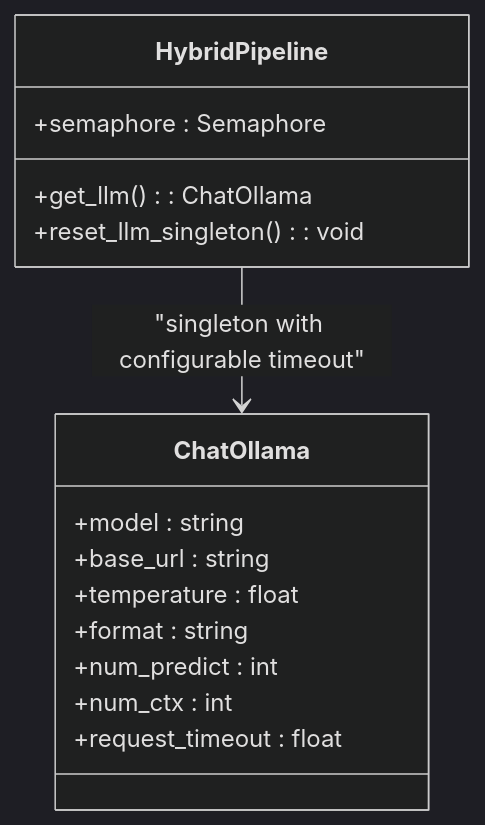
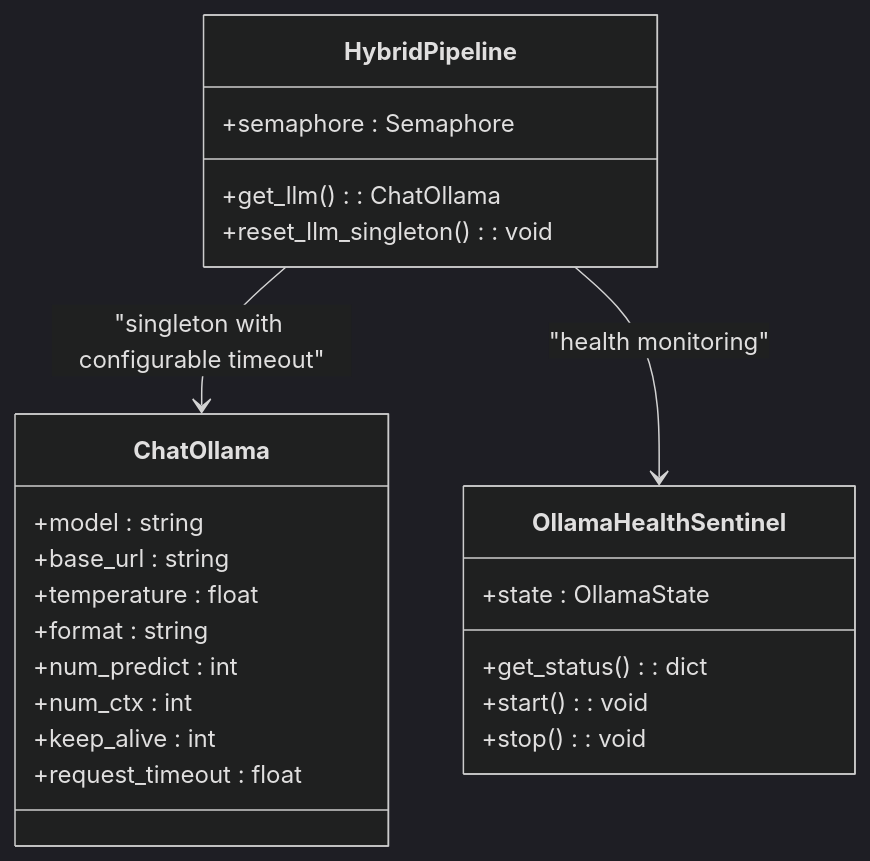
Before and after one commit to Revanththetalogics/aireume: the seventh of 11 diagrams in .qoder/repowiki/en/content/Analysis Engine/LLM Service Integration.md, drawn with Mermaid (dark theme). The commit also changed other lines of this file and 33 other files, not shown here.

````diff
--- a/.qoder/repowiki/en/content/Analysis Engine/LLM Service Integration.md
+++ b/.qoder/repowiki/en/content/Analysis Engine/LLM Service Integration.md
@@ -195,18 +343,26 @@
 ```mermaid
 classDiagram
 class HybridPipeline {
 +semaphore : Semaphore
 +get_llm() : ChatOllama
 +reset_llm_singleton() : void
 }
 class ChatOllama {
 +model : string
 +base_url : string
 +temperature : float
 +format : string
 +num_predict : int
 +num_ctx : int
++keep_alive : int
 +request_timeout : float
 }
+class OllamaHealthSentinel {
++state : OllamaState
++get_status() : dict
++start() : void
++stop() : void
+}
 HybridPipeline --> ChatOllama : "singleton with configurable timeout"
+HybridPipeline --> OllamaHealthSentinel : "health monitoring"
 ```
````
